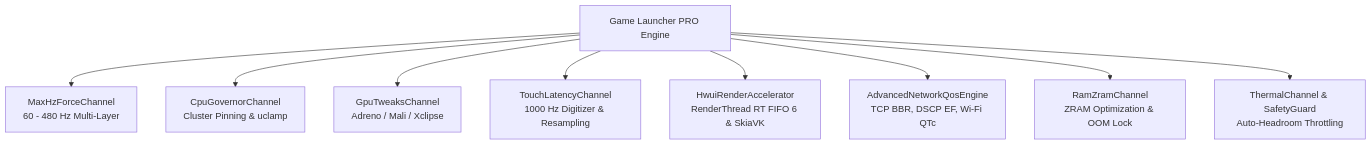
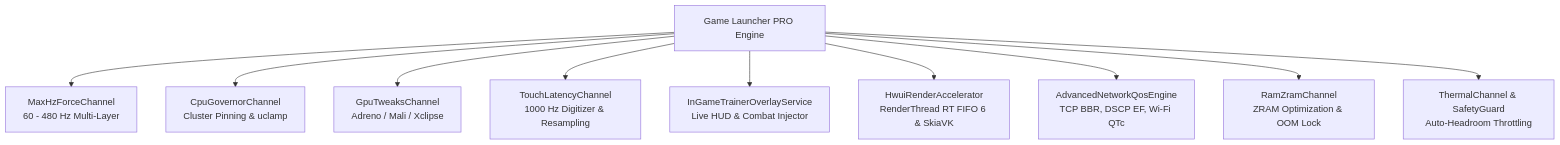
Before and after one commit to gailowilly551-afk/game-booster-android: the diagram in README.md, drawn with Mermaid. The commit also changed other lines of this file, not shown here.

Commit message:
docs: update README.md with Game Booster 2.0 specs, HOK engine, in-game overlay, and Willy-kali repo

````diff
--- a/README.md
+++ b/README.md
@@ -44,11 +45,12 @@
 ```mermaid
 graph TD
     Launcher[Game Launcher PRO Engine] --> Display[MaxHzForceChannel<br/>60 - 480 Hz Multi-Layer]
     Launcher --> CPU[CpuGovernorChannel<br/>Cluster Pinning & uclamp]
     Launcher --> GPU[GpuTweaksChannel<br/>Adreno / Mali / Xclipse]
     Launcher --> Input[TouchLatencyChannel<br/>1000 Hz Digitizer & Resampling]
+    Launcher --> Overlay[InGameTrainerOverlayService<br/>Live HUD & Combat Injector]
     Launcher --> Render[HwuiRenderAccelerator<br/>RenderThread RT FIFO 6 & SkiaVK]
     Launcher --> Net[AdvancedNetworkQosEngine<br/>TCP BBR, DSCP EF, Wi-Fi QTc]
     Launcher --> Memory[RamZramChannel<br/>ZRAM Optimization & OOM Lock]
     Launcher --> Thermal[ThermalChannel & SafetyGuard<br/>Auto-Headroom Throttling]
 ```
````
